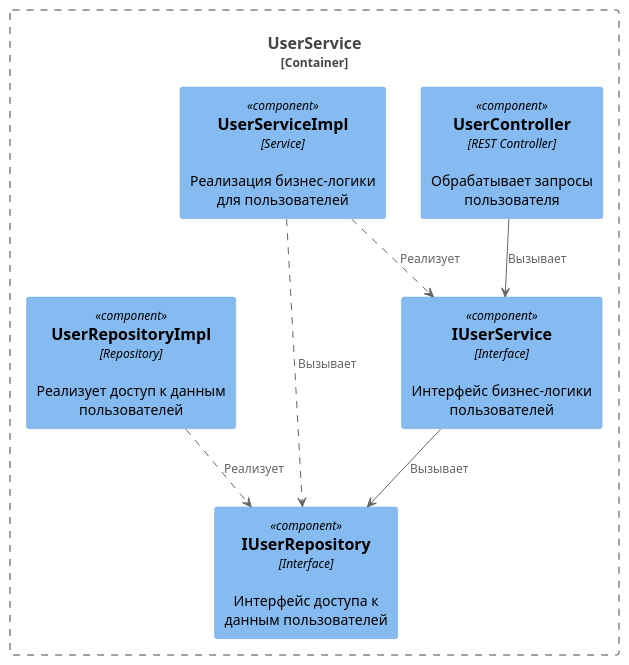
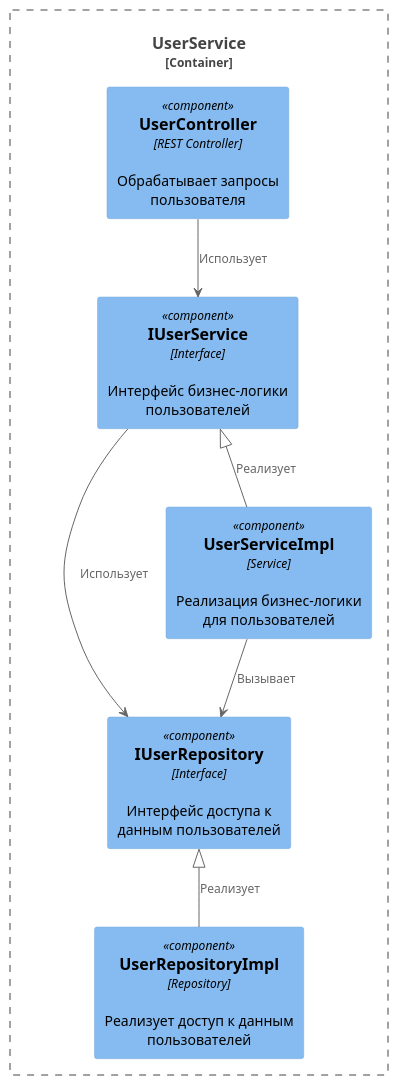
One commit to fireflysmk/architecture-sprint-3 changed the diagram in smart-home-monolith/diagrams/code/Code_UserService.puml. Above: the diagram before and after it, drawn with PlantUML.

Commit message:
user service code diagram updated

```diff
--- a/smart-home-monolith/diagrams/code/Code_UserService.puml
+++ b/smart-home-monolith/diagrams/code/Code_UserService.puml
@@ -1,20 +1,28 @@
 @startuml
 !include <C4/C4_Component>
 
 Container_Boundary(UserService_Boundary, "UserService") {
+    ' Контроллер
     Component(UserController, "UserController", "REST Controller", "Обрабатывает запросы пользователя")
-    Component(IUserService, "IUserService", "Interface", "Интерфейс бизнес-логики пользователей")
-    Component(UserServiceImpl, "UserServiceImpl", "Service", "Реализация бизнес-логики для пользователей")
 
-    Component(IUserRepository, "IUserRepository", "Interface", "Интерфейс доступа к данным пользователей")
-    Component(UserRepositoryImpl, "UserRepositoryImpl", "Repository", "Реализует доступ к данным пользователей")
+    ' Сервисный слой
+    Component(IUserService, "IUserService", "Interface", "Интерфейс бизнес-логики пользователей") {
+    }
+    Component(UserServiceImpl, "UserServiceImpl", "Service", "Реализация бизнес-логики для пользователей") {
+    }
+
+    ' Репозиторий
+    Component(IUserRepository, "IUserRepository", "Interface", "Интерфейс доступа к данным пользователей") {
+    }
+    Component(UserRepositoryImpl, "UserRepositoryImpl", "Repository", "Реализует доступ к данным пользователей") {
+    }
 
     ' Связи
-    UserController --> IUserService : "Вызывает"
-    UserServiceImpl ..> IUserService : "Реализует"
-    IUserService --> IUserRepository : "Вызывает"
-    UserServiceImpl ..> IUserRepository : "Вызывает"
-    UserRepositoryImpl ..> IUserRepository : "Реализует"
+    UserController --> IUserService : "Использует"
+    UserServiceImpl -up-|> IUserService : "Реализует"
+    IUserService --> IUserRepository : "Использует"
+    UserServiceImpl --> IUserRepository : "Вызывает"
+    UserRepositoryImpl -up-|> IUserRepository : "Реализует"
 }
 
 @enduml
```
